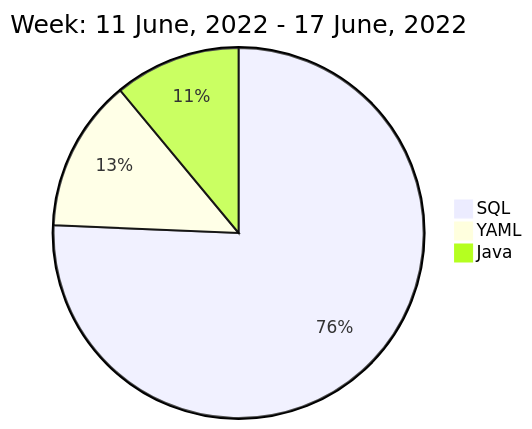
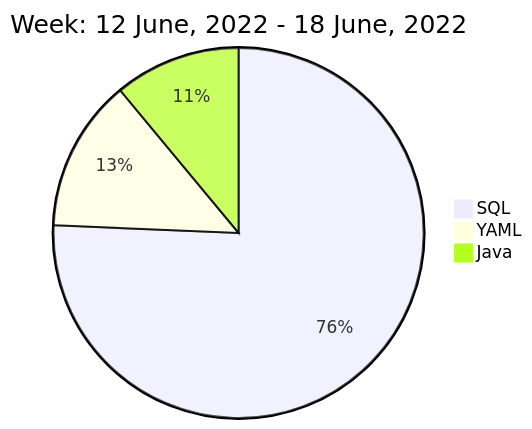
One commit to liubin95/liubin95 changed the diagram in README.md. Above: the diagram before and after it, drawn with Mermaid.

Commit message:
Updated the Graph with new Metrics

````diff
--- a/README.md
+++ b/README.md
@@ -40,7 +40,7 @@
 ```mermaid
  pie
-title Week: 11 June, 2022 - 17 June, 2022
+title Week: 12 June, 2022 - 18 June, 2022
  "SQL" : 7.0
  "YAML" : 1.23
  "Java" : 1.02
 ```
````
